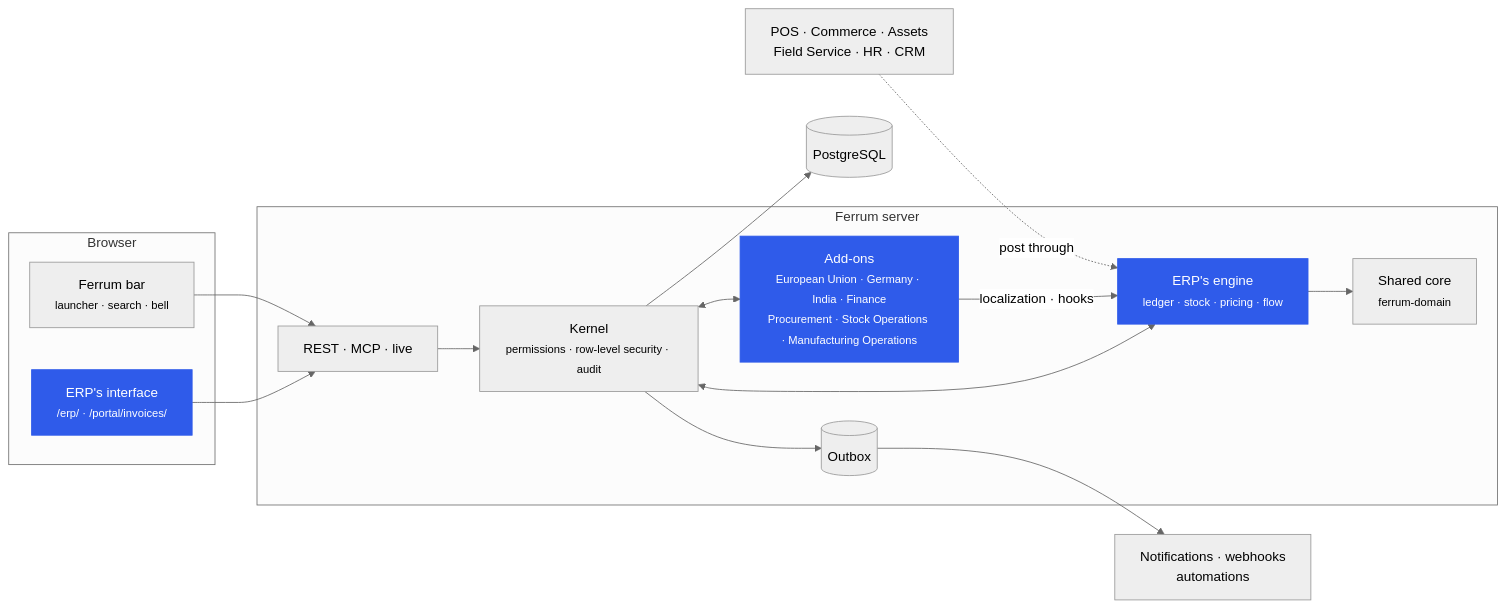
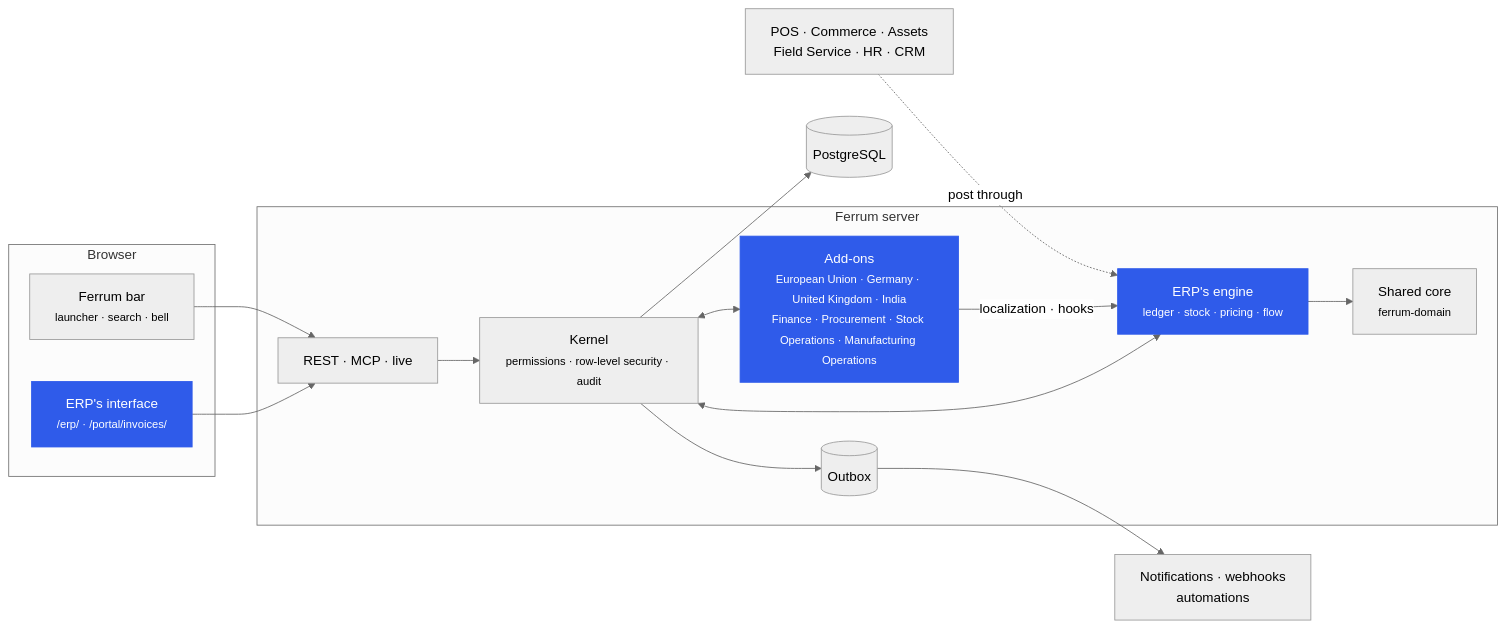
Before and after one commit to CBFerrum/ferrum-app-erp: the second of 3 diagrams in README.md, drawn with Mermaid (neutral theme). The commit also changed other lines of this file, not shown here.

Commit message:
README: the United Kingdom 0.1.0 (UK VAT, the CIS reverse charge, Making Tax Digital returns) and the EU 0.1.2

````diff
--- a/README.md
+++ b/README.md
@@ -148,26 +149,26 @@
 ```mermaid
 flowchart LR
     subgraph Browser
         UI["ERP's interface<br/><small>/erp/ · /portal/invoices/</small>"]
         BAR["Ferrum bar<br/><small>launcher · search · bell</small>"]
     end
     subgraph Server["Ferrum server"]
         API["REST · MCP · live"]
         K["Kernel<br/><small>permissions · row-level security · audit</small>"]
         ENG["ERP's engine<br/><small>ledger · stock · pricing · flow</small>"]
-        ADD["Add-ons<br/><small>European Union · Germany · India · Finance<br/>Procurement · Stock Operations · Manufacturing Operations</small>"]
+        ADD["Add-ons<br/><small>European Union · Germany · United Kingdom · India<br/>Finance · Procurement · Stock Operations · Manufacturing Operations</small>"]
         CORE["Shared core<br/><small>ferrum-domain</small>"]
         OB[("Outbox")]
     end
     DB[("PostgreSQL")]
     UI --> API --> K --> DB
     BAR --> API
     K <--> ENG
     K <--> ADD
     ADD -->|localization · hooks| ENG
     ENG --> CORE
     K --> OB --> EV["Notifications · webhooks<br/>automations"]
     APPS["POS · Commerce · Assets<br/>Field Service · HR · CRM"] -. post through .-> ENG
     classDef erp fill:#2f5bea,color:#fff,stroke:#2f5bea
     class UI,ENG,ADD erp
 ```
````
